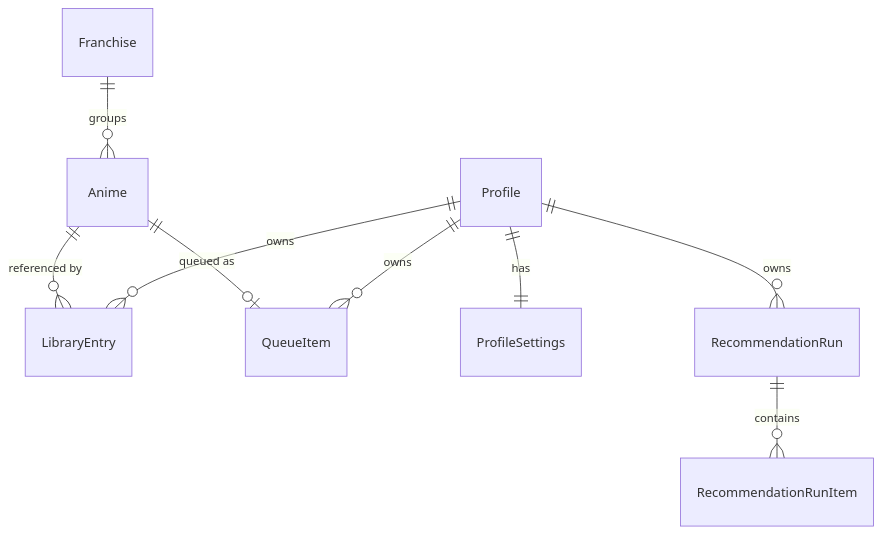
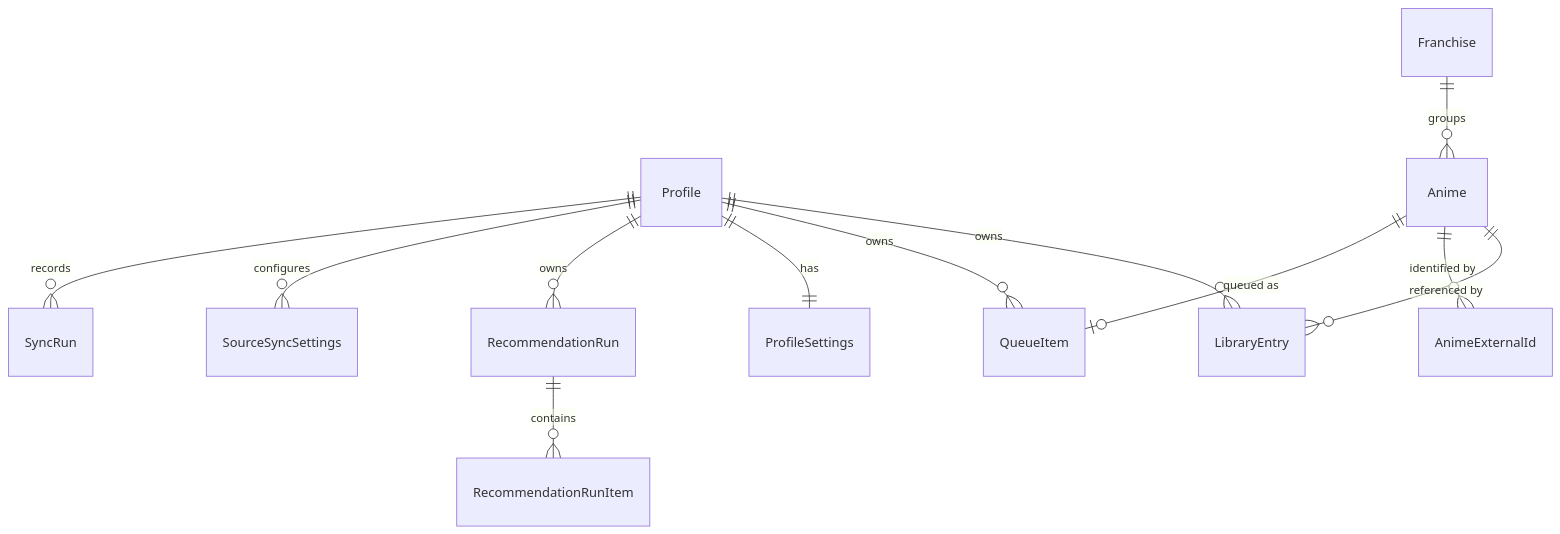
Before and after one commit to carlocgc/AniQueue: the diagram in docs/ROADMAP.md, drawn with Mermaid. The commit also changed other lines of this file, not shown here.

````diff
--- a/docs/ROADMAP.md
+++ b/docs/ROADMAP.md
@@ -498,11 +785,14 @@
 ```mermaid
 erDiagram
     Profile ||--o{ LibraryEntry : owns
     Profile ||--o{ QueueItem : owns
     Profile ||--|| ProfileSettings : has
     Profile ||--o{ RecommendationRun : owns
+    Profile ||--o{ SourceSyncSettings : configures
+    Profile ||--o{ SyncRun : records
     Anime ||--o{ LibraryEntry : "referenced by"
+    Anime ||--o{ AnimeExternalId : "identified by"
     Franchise ||--o{ Anime : groups
     Anime ||--o| QueueItem : "queued as"
     RecommendationRun ||--o{ RecommendationRunItem : contains
 ```
````
